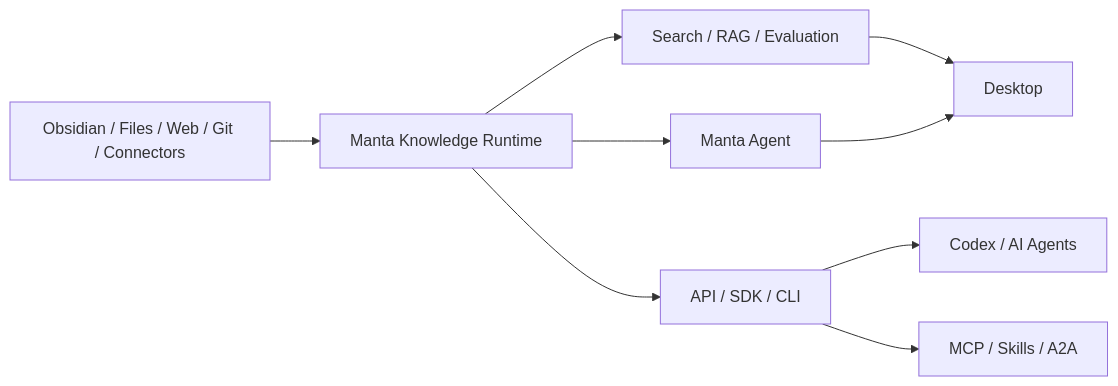
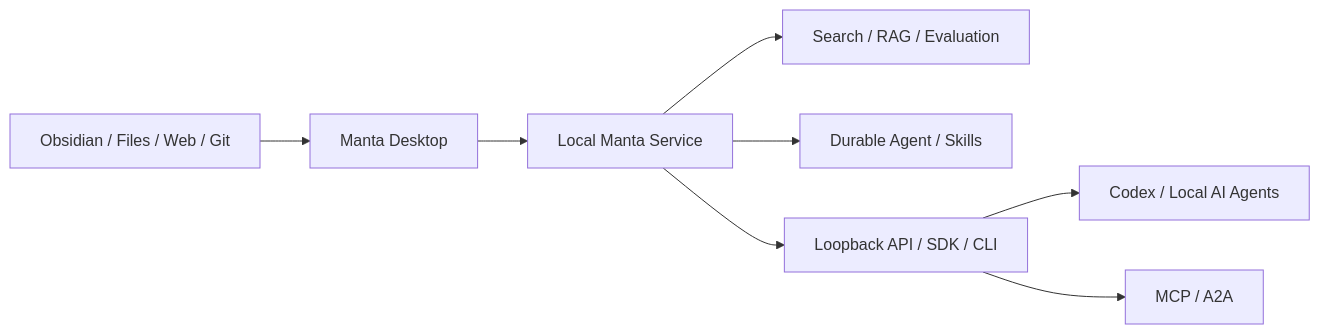
The diagram in README.en.md (Devldq/manta-AI), drawn with Mermaid before and after one commit. The commit also changed other lines of this file and 143 other files, not shown here.

````diff
--- a/README.en.md
+++ b/README.en.md
@@ -83,12 +83,10 @@
 ```mermaid
 flowchart LR
-    Sources["Obsidian / Files / Web / Git / Connectors"] --> Manta["Manta Knowledge Runtime"]
-    Manta --> Search["Search / RAG / Evaluation"]
-    Manta --> Agent["Manta Agent"]
-    Manta --> Service["API / SDK / CLI"]
-
-    Search --> Desktop["Desktop"]
-    Agent --> Desktop
-    Service --> Codex["Codex / AI Agents"]
-    Service --> MCP["MCP / Skills / A2A"]
+    Sources["Obsidian / Files / Web / Git"] --> Desktop["Manta Desktop"]
+    Desktop --> Service["Local Manta Service"]
+    Service --> Search["Search / RAG / Evaluation"]
+    Service --> Agent["Durable Agent / Skills"]
+    Service --> LocalAPI["Loopback API / SDK / CLI"]
+    LocalAPI --> Codex["Codex / Local AI Agents"]
+    LocalAPI --> Protocols["MCP / A2A"]
 ```
````
